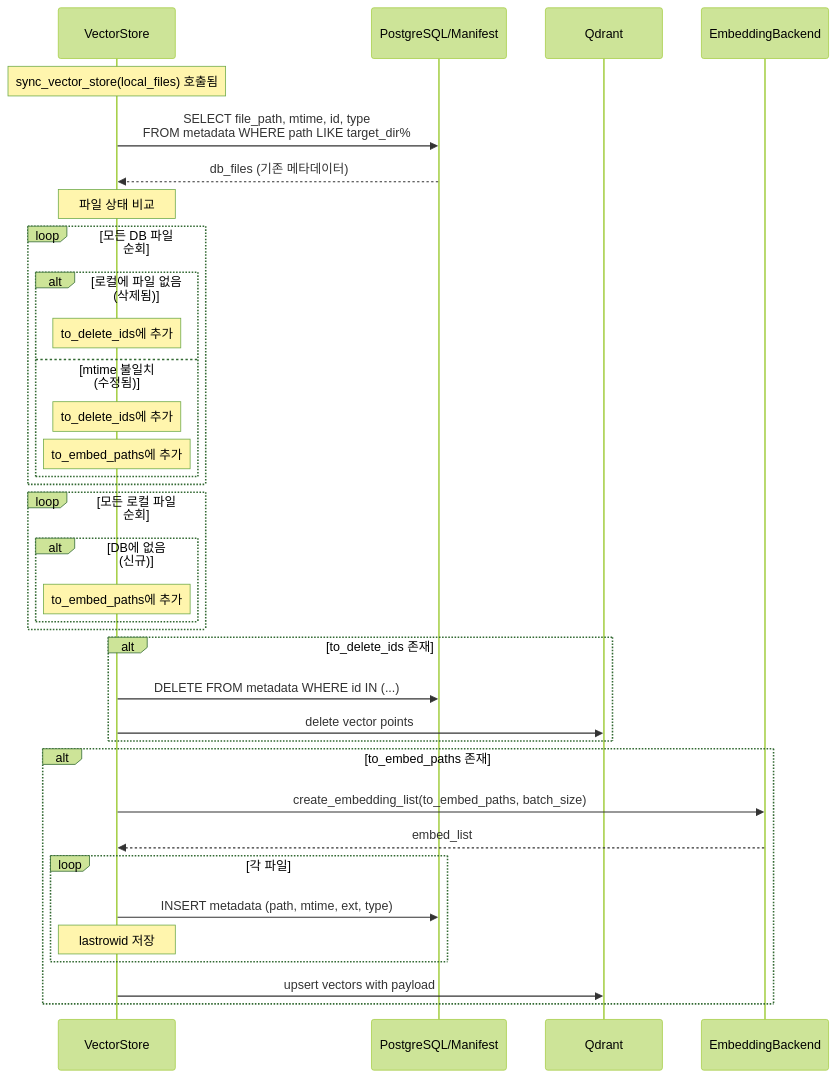
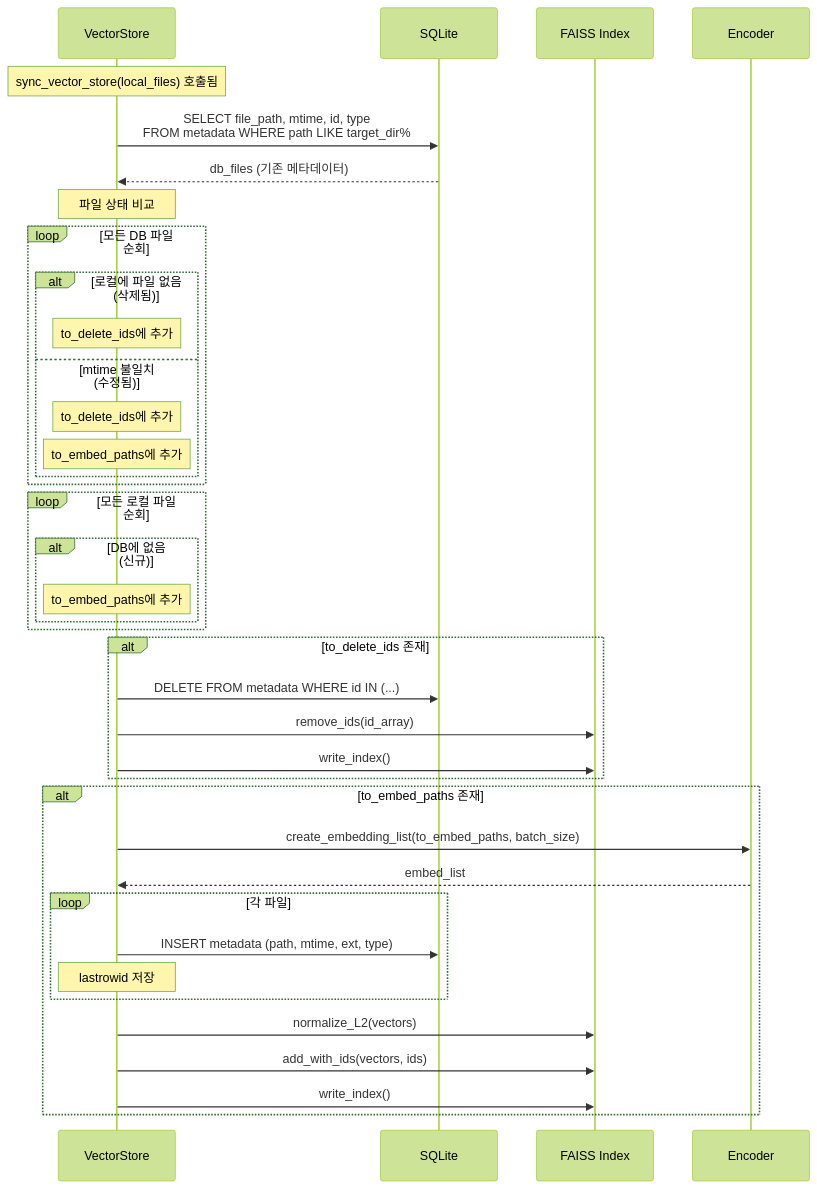
Before and after one commit to figure-2/LocalLens: the second of 3 diagrams in README.md, drawn with Mermaid (forest theme). The commit also changed other lines of this file and 1 other file, not shown here.

````diff
--- a/README.md
+++ b/README.md
@@ -132,46 +119,49 @@
 ```mermaid
 sequenceDiagram
     participant VS as VectorStore
-    participant DB as PostgreSQL/Manifest
-    participant VDB as Qdrant
-    participant Enc as EmbeddingBackend
+    participant DB as SQLite
+    participant FAISS as FAISS Index
+    participant Enc as Encoder
 
     Note over VS: sync_vector_store(local_files) 호출됨
 
     VS->>DB: SELECT file_path, mtime, id, type<br/>FROM metadata WHERE path LIKE target_dir%
     DB-->>VS: db_files (기존 메타데이터)
 
     Note over VS: 파일 상태 비교
 
     loop 모든 DB 파일 순회
         alt 로컬에 파일 없음 (삭제됨)
             Note over VS: to_delete_ids에 추가
         else mtime 불일치 (수정됨)
             Note over VS: to_delete_ids에 추가
             Note over VS: to_embed_paths에 추가
         end
     end
 
     loop 모든 로컬 파일 순회
         alt DB에 없음 (신규)
             Note over VS: to_embed_paths에 추가
         end
     end
 
     alt to_delete_ids 존재
         VS->>DB: DELETE FROM metadata WHERE id IN (...)
-        VS->>VDB: delete vector points
+        VS->>FAISS: remove_ids(id_array)
+        VS->>FAISS: write_index()
     end
 
     alt to_embed_paths 존재
         VS->>Enc: create_embedding_list(to_embed_paths, batch_size)
         Enc-->>VS: embed_list
 
         loop 각 파일
             VS->>DB: INSERT metadata (path, mtime, ext, type)
             Note over VS: lastrowid 저장
         end
 
-        VS->>VDB: upsert vectors with payload
+        VS->>FAISS: normalize_L2(vectors)
+        VS->>FAISS: add_with_ids(vectors, ids)
+        VS->>FAISS: write_index()
     end
 ```
````
